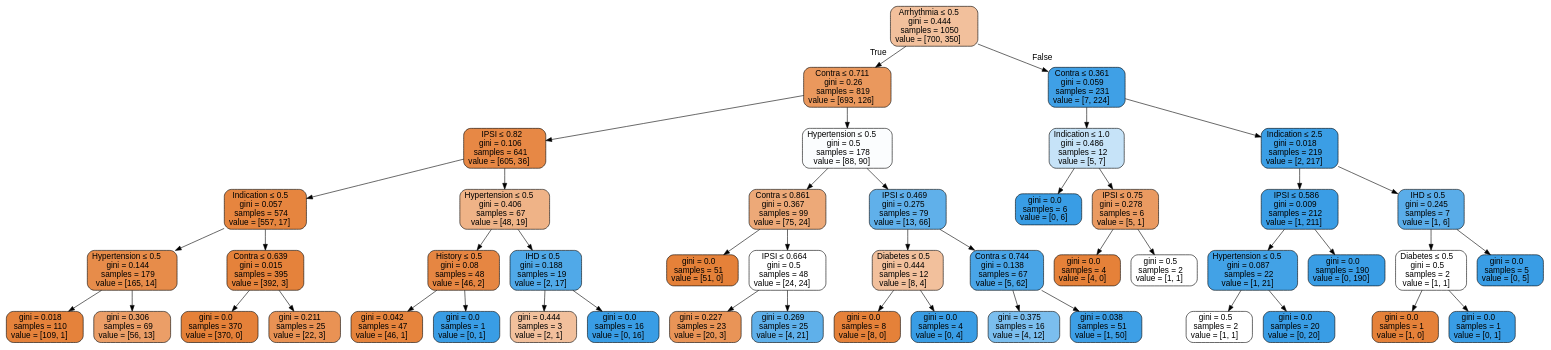
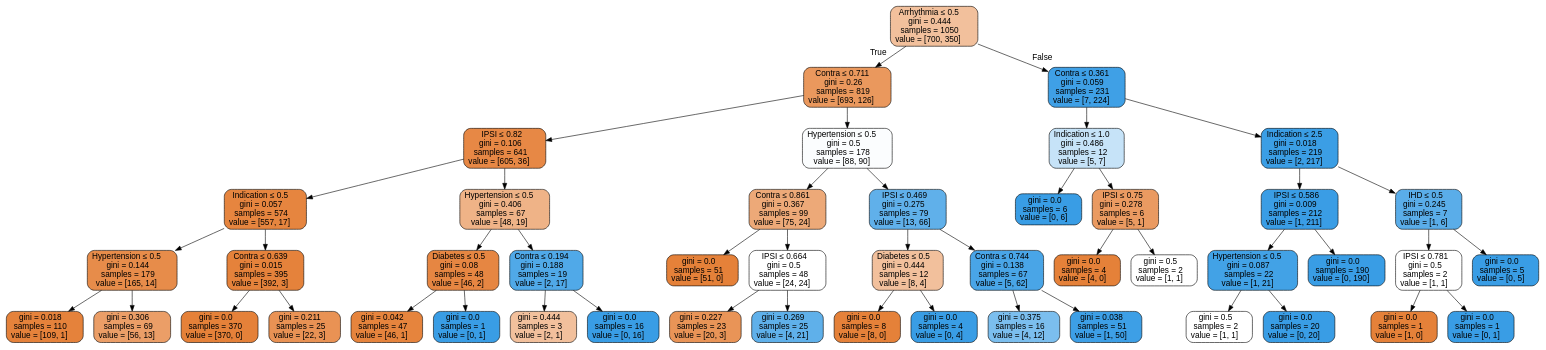
The diagram in tree.dot (bdavis9725/Medical-Data-Mining), drawn with Graphviz before and after one commit. The commit also changed 3 other files, not shown here.

```diff
--- a/tree.dot
+++ b/tree.dot
@@ -1,97 +1,97 @@
 digraph Tree {
 node [shape=box, style="filled, rounded", color="black", fontname=helvetica] ;
 edge [fontname=helvetica] ;
 0 [label=<Arrhythmia &le; 0.5<br/>gini = 0.444<br/>samples = 1050<br/>value = [700, 350]>, fillcolor="#f2c09c"] ;
 1 [label=<Contra &le; 0.711<br/>gini = 0.26<br/>samples = 819<br/>value = [693, 126]>, fillcolor="#ea985d"] ;
 0 -> 1 [labeldistance=2.5, labelangle=45, headlabel="True"] ;
 2 [label=<IPSI &le; 0.82<br/>gini = 0.106<br/>samples = 641<br/>value = [605, 36]>, fillcolor="#e78845"] ;
 1 -> 2 ;
 3 [label=<Indication &le; 0.5<br/>gini = 0.057<br/>samples = 574<br/>value = [557, 17]>, fillcolor="#e6853f"] ;
 2 -> 3 ;
 4 [label=<Hypertension &le; 0.5<br/>gini = 0.144<br/>samples = 179<br/>value = [165, 14]>, fillcolor="#e78c4a"] ;
 3 -> 4 ;
 5 [label=<gini = 0.018<br/>samples = 110<br/>value = [109, 1]>, fillcolor="#e5823b"] ;
 4 -> 5 ;
 6 [label=<gini = 0.306<br/>samples = 69<br/>value = [56, 13]>, fillcolor="#eb9e67"] ;
 4 -> 6 ;
 7 [label=<Contra &le; 0.639<br/>gini = 0.015<br/>samples = 395<br/>value = [392, 3]>, fillcolor="#e5823b"] ;
 3 -> 7 ;
 8 [label=<gini = 0.0<br/>samples = 370<br/>value = [370, 0]>, fillcolor="#e58139"] ;
 7 -> 8 ;
 9 [label=<gini = 0.211<br/>samples = 25<br/>value = [22, 3]>, fillcolor="#e99254"] ;
 7 -> 9 ;
 10 [label=<Hypertension &le; 0.5<br/>gini = 0.406<br/>samples = 67<br/>value = [48, 19]>, fillcolor="#efb387"] ;
 2 -> 10 ;
-11 [label=<History &le; 0.5<br/>gini = 0.08<br/>samples = 48<br/>value = [46, 2]>, fillcolor="#e68642"] ;
+11 [label=<Diabetes &le; 0.5<br/>gini = 0.08<br/>samples = 48<br/>value = [46, 2]>, fillcolor="#e68642"] ;
 10 -> 11 ;
 12 [label=<gini = 0.042<br/>samples = 47<br/>value = [46, 1]>, fillcolor="#e6843d"] ;
 11 -> 12 ;
 13 [label=<gini = 0.0<br/>samples = 1<br/>value = [0, 1]>, fillcolor="#399de5"] ;
 11 -> 13 ;
-14 [label=<IHD &le; 0.5<br/>gini = 0.188<br/>samples = 19<br/>value = [2, 17]>, fillcolor="#50a9e8"] ;
+14 [label=<Contra &le; 0.194<br/>gini = 0.188<br/>samples = 19<br/>value = [2, 17]>, fillcolor="#50a9e8"] ;
 10 -> 14 ;
 15 [label=<gini = 0.444<br/>samples = 3<br/>value = [2, 1]>, fillcolor="#f2c09c"] ;
 14 -> 15 ;
 16 [label=<gini = 0.0<br/>samples = 16<br/>value = [0, 16]>, fillcolor="#399de5"] ;
 14 -> 16 ;
 17 [label=<Hypertension &le; 0.5<br/>gini = 0.5<br/>samples = 178<br/>value = [88, 90]>, fillcolor="#fbfdfe"] ;
 1 -> 17 ;
 18 [label=<Contra &le; 0.861<br/>gini = 0.367<br/>samples = 99<br/>value = [75, 24]>, fillcolor="#eda978"] ;
 17 -> 18 ;
 19 [label=<gini = 0.0<br/>samples = 51<br/>value = [51, 0]>, fillcolor="#e58139"] ;
 18 -> 19 ;
 20 [label=<IPSI &le; 0.664<br/>gini = 0.5<br/>samples = 48<br/>value = [24, 24]>, fillcolor="#ffffff"] ;
 18 -> 20 ;
 21 [label=<gini = 0.227<br/>samples = 23<br/>value = [20, 3]>, fillcolor="#e99457"] ;
 20 -> 21 ;
 22 [label=<gini = 0.269<br/>samples = 25<br/>value = [4, 21]>, fillcolor="#5fb0ea"] ;
 20 -> 22 ;
 23 [label=<IPSI &le; 0.469<br/>gini = 0.275<br/>samples = 79<br/>value = [13, 66]>, fillcolor="#60b0ea"] ;
 17 -> 23 ;
 24 [label=<Diabetes &le; 0.5<br/>gini = 0.444<br/>samples = 12<br/>value = [8, 4]>, fillcolor="#f2c09c"] ;
 23 -> 24 ;
 25 [label=<gini = 0.0<br/>samples = 8<br/>value = [8, 0]>, fillcolor="#e58139"] ;
 24 -> 25 ;
 26 [label=<gini = 0.0<br/>samples = 4<br/>value = [0, 4]>, fillcolor="#399de5"] ;
 24 -> 26 ;
 27 [label=<Contra &le; 0.744<br/>gini = 0.138<br/>samples = 67<br/>value = [5, 62]>, fillcolor="#49a5e7"] ;
 23 -> 27 ;
 28 [label=<gini = 0.375<br/>samples = 16<br/>value = [4, 12]>, fillcolor="#7bbeee"] ;
 27 -> 28 ;
 29 [label=<gini = 0.038<br/>samples = 51<br/>value = [1, 50]>, fillcolor="#3d9fe6"] ;
 27 -> 29 ;
 30 [label=<Contra &le; 0.361<br/>gini = 0.059<br/>samples = 231<br/>value = [7, 224]>, fillcolor="#3fa0e6"] ;
 0 -> 30 [labeldistance=2.5, labelangle=-45, headlabel="False"] ;
 31 [label=<Indication &le; 1.0<br/>gini = 0.486<br/>samples = 12<br/>value = [5, 7]>, fillcolor="#c6e3f8"] ;
 30 -> 31 ;
 32 [label=<gini = 0.0<br/>samples = 6<br/>value = [0, 6]>, fillcolor="#399de5"] ;
 31 -> 32 ;
 33 [label=<IPSI &le; 0.75<br/>gini = 0.278<br/>samples = 6<br/>value = [5, 1]>, fillcolor="#ea9a61"] ;
 31 -> 33 ;
 34 [label=<gini = 0.0<br/>samples = 4<br/>value = [4, 0]>, fillcolor="#e58139"] ;
 33 -> 34 ;
 35 [label=<gini = 0.5<br/>samples = 2<br/>value = [1, 1]>, fillcolor="#ffffff"] ;
 33 -> 35 ;
 36 [label=<Indication &le; 2.5<br/>gini = 0.018<br/>samples = 219<br/>value = [2, 217]>, fillcolor="#3b9ee5"] ;
 30 -> 36 ;
 37 [label=<IPSI &le; 0.586<br/>gini = 0.009<br/>samples = 212<br/>value = [1, 211]>, fillcolor="#3a9de5"] ;
 36 -> 37 ;
 38 [label=<Hypertension &le; 0.5<br/>gini = 0.087<br/>samples = 22<br/>value = [1, 21]>, fillcolor="#42a2e6"] ;
 37 -> 38 ;
 39 [label=<gini = 0.5<br/>samples = 2<br/>value = [1, 1]>, fillcolor="#ffffff"] ;
 38 -> 39 ;
 40 [label=<gini = 0.0<br/>samples = 20<br/>value = [0, 20]>, fillcolor="#399de5"] ;
 38 -> 40 ;
 41 [label=<gini = 0.0<br/>samples = 190<br/>value = [0, 190]>, fillcolor="#399de5"] ;
 37 -> 41 ;
 42 [label=<IHD &le; 0.5<br/>gini = 0.245<br/>samples = 7<br/>value = [1, 6]>, fillcolor="#5aade9"] ;
 36 -> 42 ;
-43 [label=<Diabetes &le; 0.5<br/>gini = 0.5<br/>samples = 2<br/>value = [1, 1]>, fillcolor="#ffffff"] ;
+43 [label=<IPSI &le; 0.781<br/>gini = 0.5<br/>samples = 2<br/>value = [1, 1]>, fillcolor="#ffffff"] ;
 42 -> 43 ;
 44 [label=<gini = 0.0<br/>samples = 1<br/>value = [1, 0]>, fillcolor="#e58139"] ;
 43 -> 44 ;
 45 [label=<gini = 0.0<br/>samples = 1<br/>value = [0, 1]>, fillcolor="#399de5"] ;
 43 -> 45 ;
 46 [label=<gini = 0.0<br/>samples = 5<br/>value = [0, 5]>, fillcolor="#399de5"] ;
 42 -> 46 ;
 }
```
